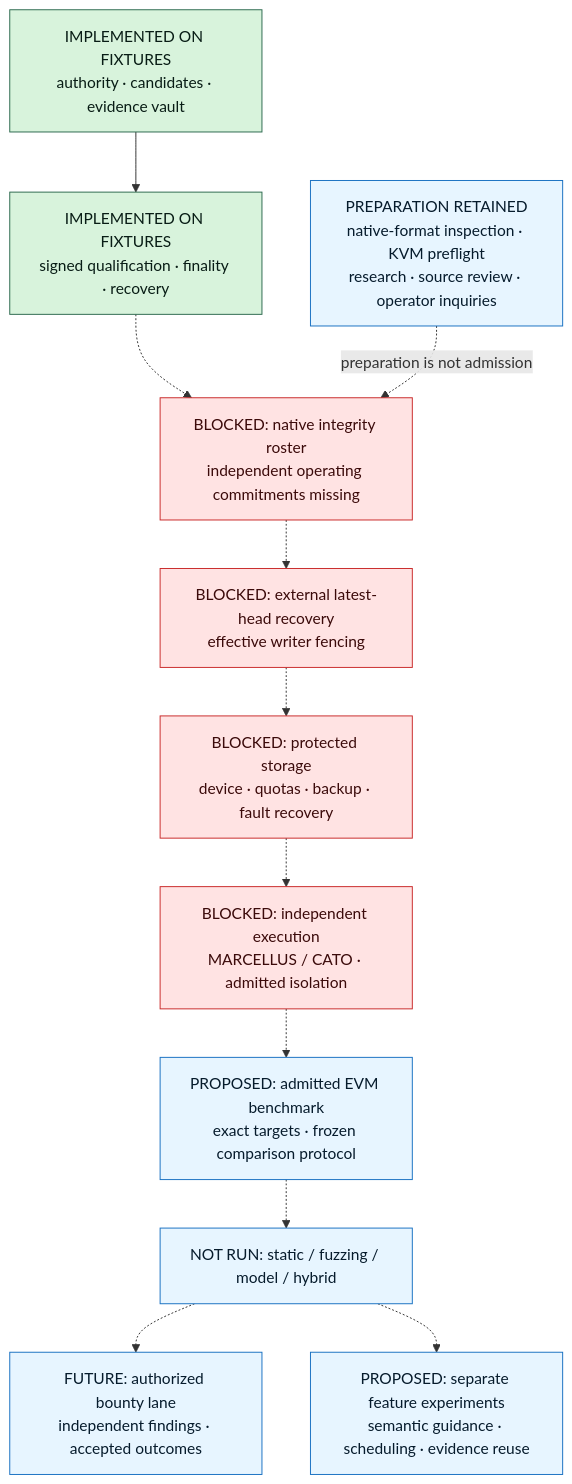
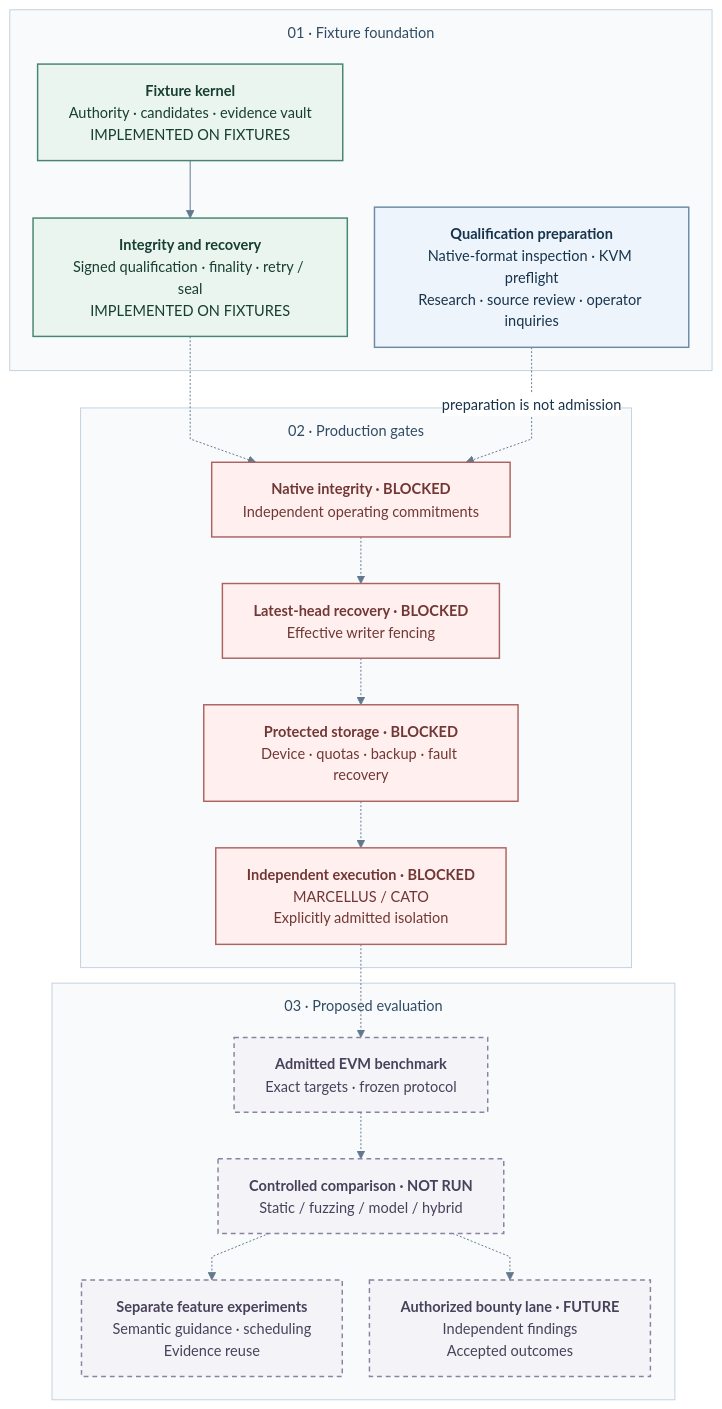
One commit to manfromnowhere143/etzio changed the first of 5 diagrams in README.md. Above: the diagram before and after it, drawn with Mermaid. The commit also changed other lines of this file and 7 other files, not shown here.

First line of the commit message:
Restore detailed architecture and redesign all Mermaid diagrams

````diff
--- a/README.md
+++ b/README.md
@@ -160,27 +160,67 @@
 ```mermaid
+---
+config:
+  theme: base
+  fontFamily: Arial
+  themeVariables:
+    fontFamily: 'Arial'
+    fontSize: '15px'
+    primaryColor: '#edf4fb'
+    primaryTextColor: '#18344d'
+    primaryBorderColor: '#6b8ba8'
+    lineColor: '#62788d'
+    clusterBkg: '#f8fafc'
+    clusterBorder: '#c5d1dd'
+    edgeLabelBackground: '#ffffff'
+  flowchart:
+    curve: linear
+    nodeSpacing: 28
+    rankSpacing: 48
+    padding: 16
+    wrappingWidth: 260
+    subGraphTitleMargin:
+      top: 12
+      bottom: 20
+---
 flowchart TB
-    accTitle: Production kernel qualification and evaluation gates
-    accDescr: Implemented fixture foundation and the remaining native integrity, recovery, storage, execution, benchmark and research gates.
-    K["IMPLEMENTED ON FIXTURES<br/>authority · candidates · evidence vault"]
-    F["IMPLEMENTED ON FIXTURES<br/>signed qualification · finality · recovery"]
-    P["PREPARATION RETAINED<br/>native-format inspection · KVM preflight<br/>research · source review · operator inquiries"]
-    N["BLOCKED: native integrity roster<br/>independent operating commitments missing"]
-    R["BLOCKED: external latest-head recovery<br/>effective writer fencing"]
-    S["BLOCKED: protected storage<br/>device · quotas · backup · fault recovery"]
-    X["BLOCKED: independent execution<br/>MARCELLUS / CATO · admitted isolation"]
-    B["PROPOSED: admitted EVM benchmark<br/>exact targets · frozen comparison protocol"]
-    E["NOT RUN: static / fuzzing / model / hybrid"]
-    A["PROPOSED: separate feature experiments<br/>semantic guidance · scheduling · evidence reuse"]
-    U["FUTURE: authorized bounty lane<br/>independent findings · accepted outcomes"]
-    K --> F
+    accTitle: Production engine — retained foundation and open gates
+    accDescr: The fixture foundation is implemented. Native integrity, external recovery, protected storage and independent execution are blocked. Evaluation and bounty outcomes remain proposed; dashed arrows indicate dependencies, not execution.
+    subgraph FOUNDATION["01 · Fixture foundation"]
+        K["<b>Fixture kernel</b><br/>Authority · candidates · evidence vault<br/>IMPLEMENTED ON FIXTURES"]
+        F["<b>Integrity and recovery</b><br/>Signed qualification · finality · retry / seal<br/>IMPLEMENTED ON FIXTURES"]
+        P["<b>Qualification preparation</b><br/>Native-format inspection · KVM preflight<br/>Research · source review · operator inquiries"]
+        K --> F
+    end
+    subgraph NATIVE["02 · Production gates"]
+        N["<b>Native integrity · BLOCKED</b><br/>Independent operating commitments"]
+        R["<b>Latest-head recovery · BLOCKED</b><br/>Effective writer fencing"]
+        S["<b>Protected storage · BLOCKED</b><br/>Device · quotas · backup · fault recovery"]
+        X["<b>Independent execution · BLOCKED</b><br/>MARCELLUS / CATO<br/>Explicitly admitted isolation"]
+        N -.-> R -.-> S -.-> X
+    end
+    subgraph EVALUATION["03 · Proposed evaluation"]
+        B["<b>Admitted EVM benchmark</b><br/>Exact targets · frozen protocol"]
+        E["<b>Controlled comparison · NOT RUN</b><br/>Static / fuzzing / model / hybrid"]
+        A["<b>Separate feature experiments</b><br/>Semantic guidance · scheduling<br/>Evidence reuse"]
+        U["<b>Authorized bounty lane · FUTURE</b><br/>Independent findings<br/>Accepted outcomes"]
+        B -.-> E -.-> U
+        E -.-> A
+    end
     F -.-> N
     P -. "preparation is not admission" .-> N
-    N -.-> R -.-> S -.-> X -.-> B -.-> E -.-> U
-    E -.-> A
-    classDef done fill:#d8f3dc,stroke:#2d6a4f,color:#081c15;
-    classDef prep fill:#e7f5ff,stroke:#1971c2,color:#061b2c;
-    classDef blocked fill:#ffe3e3,stroke:#c92a2a,color:#3b0a0a;
-    class K,F done;
-    class P,B,E,A,U prep;
+    X -.-> B
+
+    classDef core fill:#18344d,stroke:#18344d,color:#ffffff,stroke-width:2px;
+    classDef retained fill:#eaf5f0,stroke:#468570,color:#173e32,stroke-width:1.5px;
+    classDef fixture fill:#edf4fb,stroke:#6b8ba8,color:#18344d,stroke-width:1.5px;
+    classDef qualified fill:#fff5e3,stroke:#af8137,color:#624719,stroke-width:1.5px;
+    classDef planned fill:#f4f3f8,stroke:#8a829e,color:#48415a,stroke-width:1.5px,stroke-dasharray:5 4;
+    classDef blocked fill:#fff0ef,stroke:#ad6461,color:#713735,stroke-width:1.5px;
+    class K,F retained;
+    class P fixture;
     class N,R,S,X blocked;
+    class B,E,A,U planned;
+    style FOUNDATION fill:#f8fafc,stroke:#c5d1dd,color:#304b63,stroke-width:1px
+    style NATIVE fill:#f8fafc,stroke:#c5d1dd,color:#304b63,stroke-width:1px
+    style EVALUATION fill:#f8fafc,stroke:#c5d1dd,color:#304b63,stroke-width:1px
 ```
````
